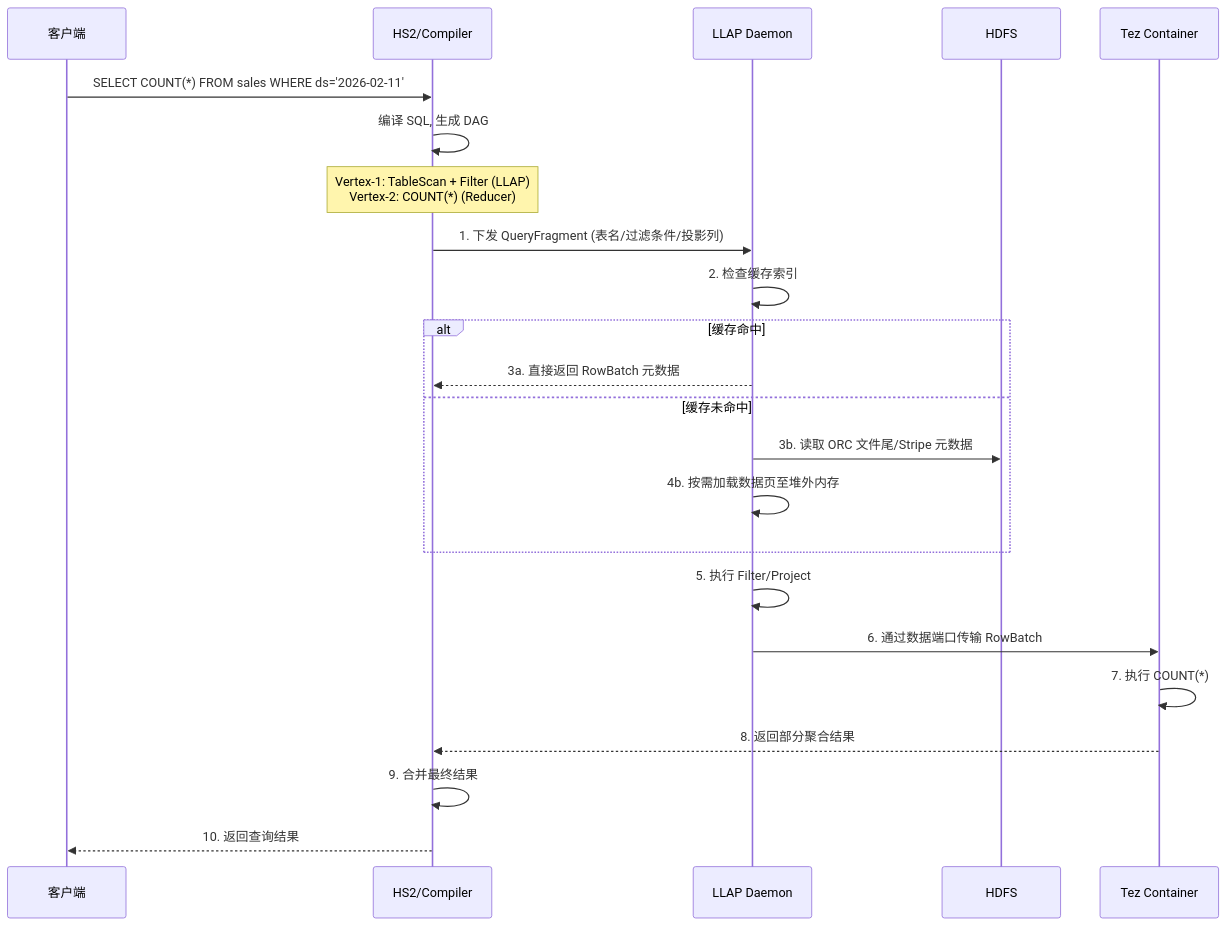
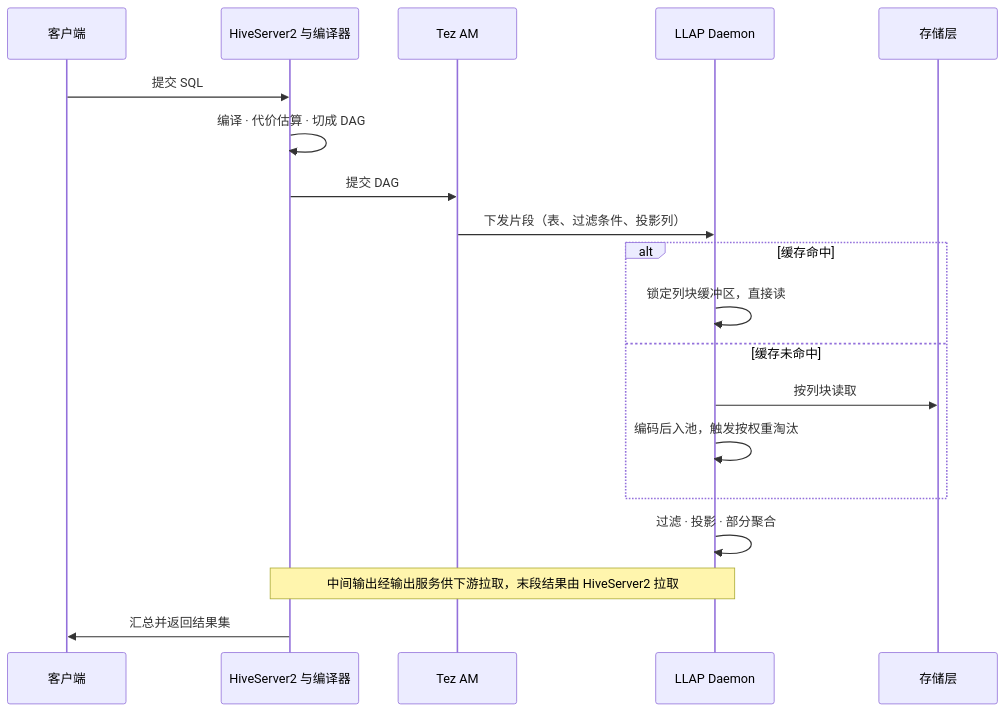
Before and after one commit to hpliStartAgain/my-brain: the second of 6 diagrams in content/大数据/读书笔记-大数据概览/07 Hive LLAP：低延迟查询加速技术.md, drawn with Mermaid. The commit also changed other lines of this file and 259 other files, not shown here.

````diff
--- a/content/大数据/读书笔记-大数据概览/07 Hive LLAP：低延迟查询加速技术.md
+++ b/content/大数据/读书笔记-大数据概览/07 Hive LLAP：低延迟查询加速技术.md
@@ -102,31 +85,22 @@
 ```mermaid
+%%{init: {'theme': 'dracula'}}%%
 sequenceDiagram
     participant C as 客户端
-    participant H as HS2/Compiler
-    participant L as LLAP Daemon
-    participant HDFS as HDFS
-    participant T as Tez Container
-
-    C->>H: SELECT COUNT(*) FROM sales WHERE ds='2026-02-11'
-    
-    H->>H: 编译 SQL, 生成 DAG
-    Note over H: Vertex-1: TableScan + Filter (LLAP)<br/>Vertex-2: COUNT(*) (Reducer)
-    
-    H->>L: 1. 下发 QueryFragment (表名/过滤条件/投影列)
-    
-    L->>L: 2. 检查缓存索引
+    participant H as HiveServer2 与编译器
+    participant A as Tez AM
+    participant D as LLAP Daemon
+    participant S as 存储层
+    C->>H: 提交 SQL
+    H->>H: 编译 · 代价估算 · 切成 DAG
+    H->>A: 提交 DAG
+    A->>D: 下发片段（表、过滤条件、投影列）
     alt 缓存命中
-        L-->>H: 3a. 直接返回 RowBatch 元数据
+        D->>D: 锁定列块缓冲区，直接读
     else 缓存未命中
-        L->>HDFS: 3b. 读取 ORC 文件尾/Stripe 元数据
-        L->>L: 4b. 按需加载数据页至堆外内存
+        D->>S: 按列块读取
+        D->>D: 编码后入池，触发按权重淘汰
     end
-    
-    L->>L: 5. 执行 Filter/Project
-    L->>T: 6. 通过数据端口传输 RowBatch
-    
-    T->>T: 7. 执行 COUNT(*)
-    T-->>H: 8. 返回部分聚合结果
-    H->>H: 9. 合并最终结果
-    H-->>C: 10. 返回查询结果
+    D->>D: 过滤 · 投影 · 部分聚合
+    Note over D,H: 中间输出经输出服务供下游拉取，末段结果由 HiveServer2 拉取
+    H->>C: 汇总并返回结果集
 ```
````
